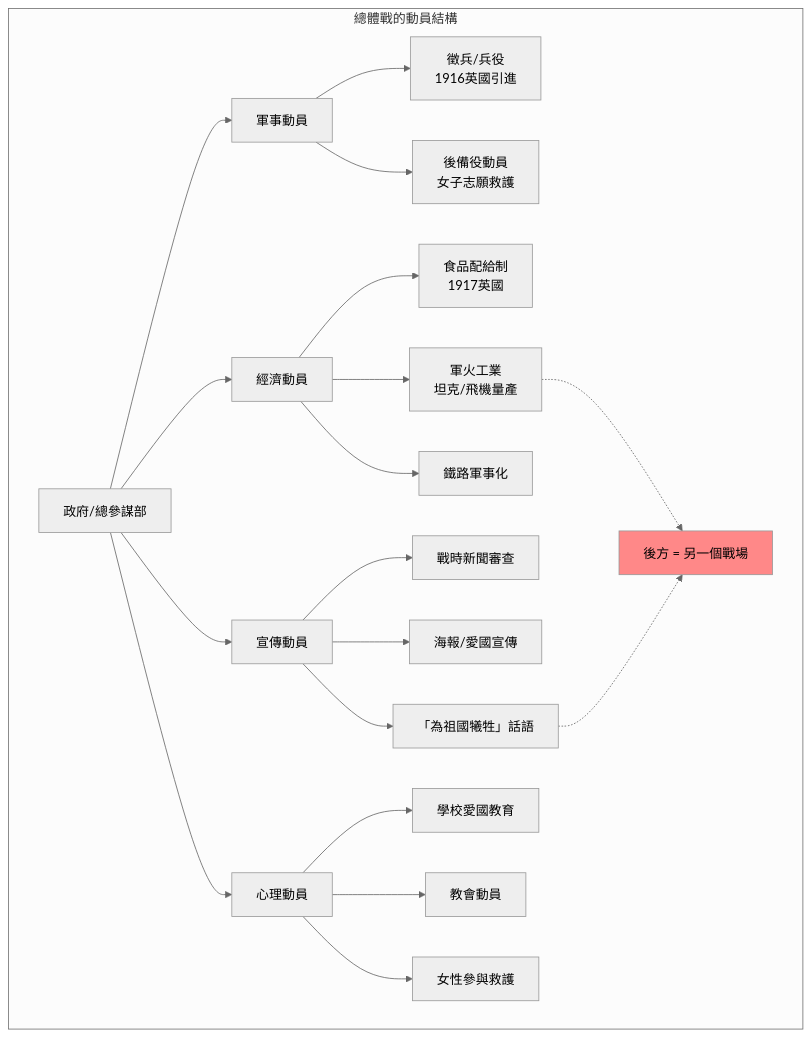
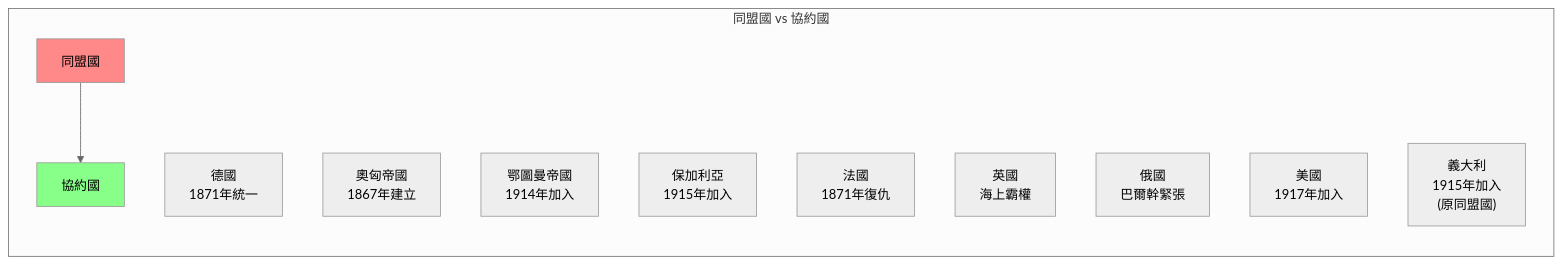
One commit to yip-lgtm/HKU-Harvard-History-Self-Study changed the first of 5 diagrams in 02_Harvard_Courses/101_Foundations/Hist14.md. Above: the diagram before and after it, drawn with Mermaid (neutral theme). The commit also changed other lines of this file and 65 other files, not shown here.

````diff
--- a/02_Harvard_Courses/101_Foundations/Hist14.md
+++ b/02_Harvard_Courses/101_Foundations/Hist14.md
@@ -109,31 +92,21 @@
 ```mermaid
-graph TD
-    subgraph "總體戰的動員結構"
-        A["政府/總參謀部"]
-        A --> B["軍事動員"]
-        A --> C["經濟動員"]
-        A --> D["宣傳動員"]
-        A --> E["心理動員"]
+graph LR
+    subgraph "同盟國 vs 協約國"
+        A["同盟國"]
+        A1["德國\n1871年統一"]
+        A2["奧匈帝國\n1867年建立"]
+        A3["鄂圖曼帝國\n1914年加入"]
+        A4["保加利亞\n1915年加入"]
         
-        B --> B1["徵兵/兵役\n1916英國引進"]
-        B --> B2["後備役動員\n女子志願救護"]
-        
-        C --> C1["食品配給制\n1917英國"]
-        C --> C2["軍火工業\n坦克/飛機量產"]
-        C --> C3["鐵路軍事化"]
-        
-        D --> D1["戰時新聞審查"]
-        D --> D2["海報/愛國宣傳"]
-        D --> D3["「為祖國犧牲」話語"]
-        
-        E --> E1["學校愛國教育"]
-        E --> E2["教會動員"]
-        E --> E3["女性參與救護"]
-        
-        F["後方 = 另一個戰場"]
-        C2 -.-> F
-        D3 -.-> F
+        B["協約國"]
+        B1["法國\n1871年復仇"]
+        B2["英國\n海上霸權"]
+        B3["俄國\n巴爾幹緊張"]
+        B4["美國\n1917年加入"]
+        B5["義大利\n1915年加入\n(原同盟國)"]
     end
     
-    style F fill:#f88
+    A --> B
+    style A fill:#f88
+    style B fill:#8f8
 ```
````
